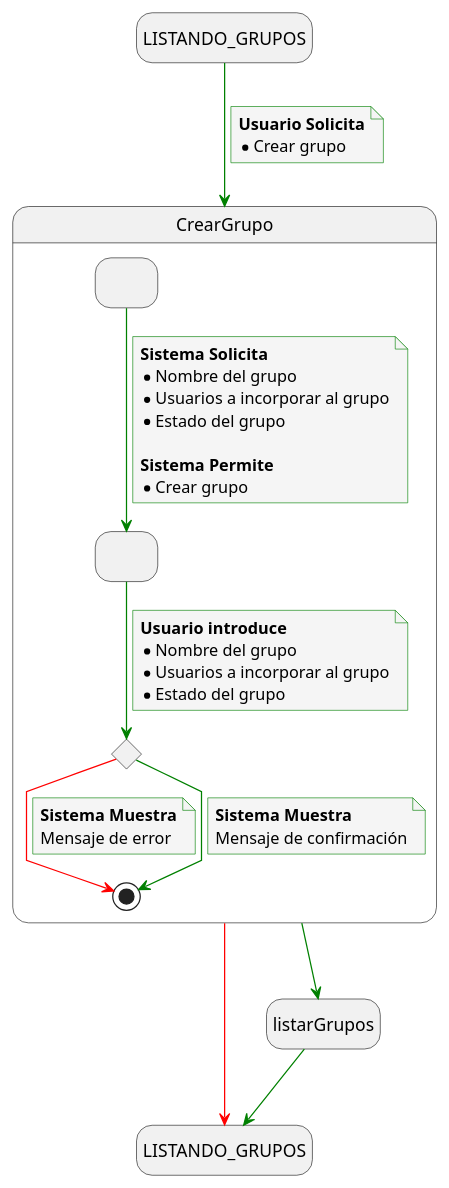
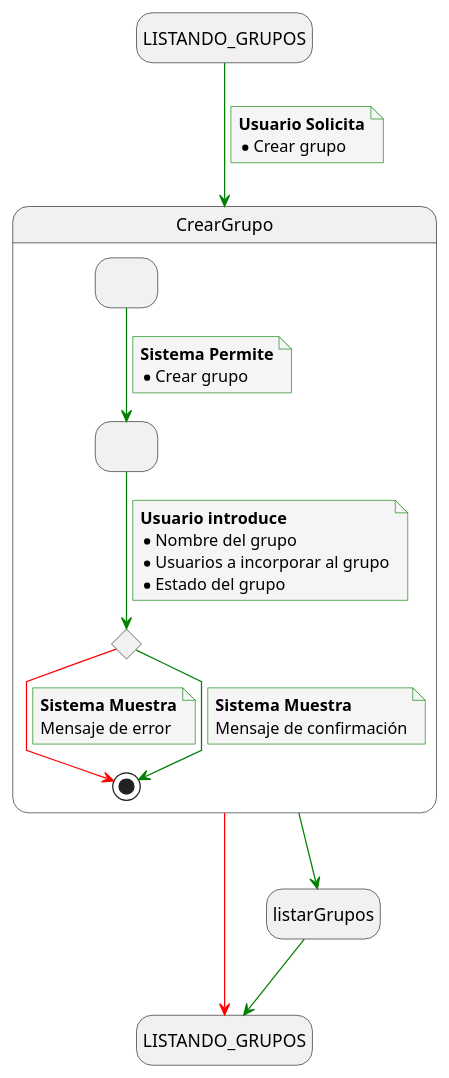
Before and after one commit to mmasias/24-25-IdSw1-SDR: the diagram in docs/casosDeUso/detalladoCasosDeUso/detalladoGrupos/detalladoCrearGrupos.puml, drawn with PlantUML. The commit also changed 7 other files, not shown here.

```diff
--- a/docs/casosDeUso/detalladoCasosDeUso/detalladoGrupos/detalladoCrearGrupos.puml
+++ b/docs/casosDeUso/detalladoCasosDeUso/detalladoGrupos/detalladoCrearGrupos.puml
@@ -1,63 +1,58 @@
 @startuml crear_grupo
 
 skinparam {
   NoteBackgroundColor #whiteSmoke
   ArrowColor #green
   NoteBorderColor #green
   linetype polyline
 }
 
 hide empty description
 
 state startState as "LISTANDO_GRUPOS"
 state endState as "LISTANDO_GRUPOS"
 state listarGrupos as "listarGrupos"
 
 startState --> CrearGrupo
 note on link
     <b>Usuario Solicita</b>
     * Crear grupo
 end note
 
 CrearGrupo -[#red]-> endState
 CrearGrupo --> listarGrupos
 listarGrupos --> endState
 
 state CrearGrupo {
     state solicitudFiltros as " "
     state envioFiltros as " "
     state revisionFiltrosEnviados <<choice>>
 
     solicitudFiltros --> envioFiltros
     note on link
-        <b>Sistema Solicita</b>
-        * Nombre del grupo
-        * Usuarios a incorporar al grupo
-        * Estado del grupo
-
         <b>Sistema Permite</b>
         * Crear grupo
     end note
 
     envioFiltros --> revisionFiltrosEnviados
     note on link
         <b>Usuario introduce</b>
         * Nombre del grupo
         * Usuarios a incorporar al grupo
         * Estado del grupo
     end note
 
     revisionFiltrosEnviados -[#red]-> [*]
     note on link
         <b>Sistema Muestra</b>
         Mensaje de error
     end note
 
     revisionFiltrosEnviados --> [*]
     note on link
         <b>Sistema Muestra</b>
         Mensaje de confirmación
     end note
 }
 
 @enduml
```
